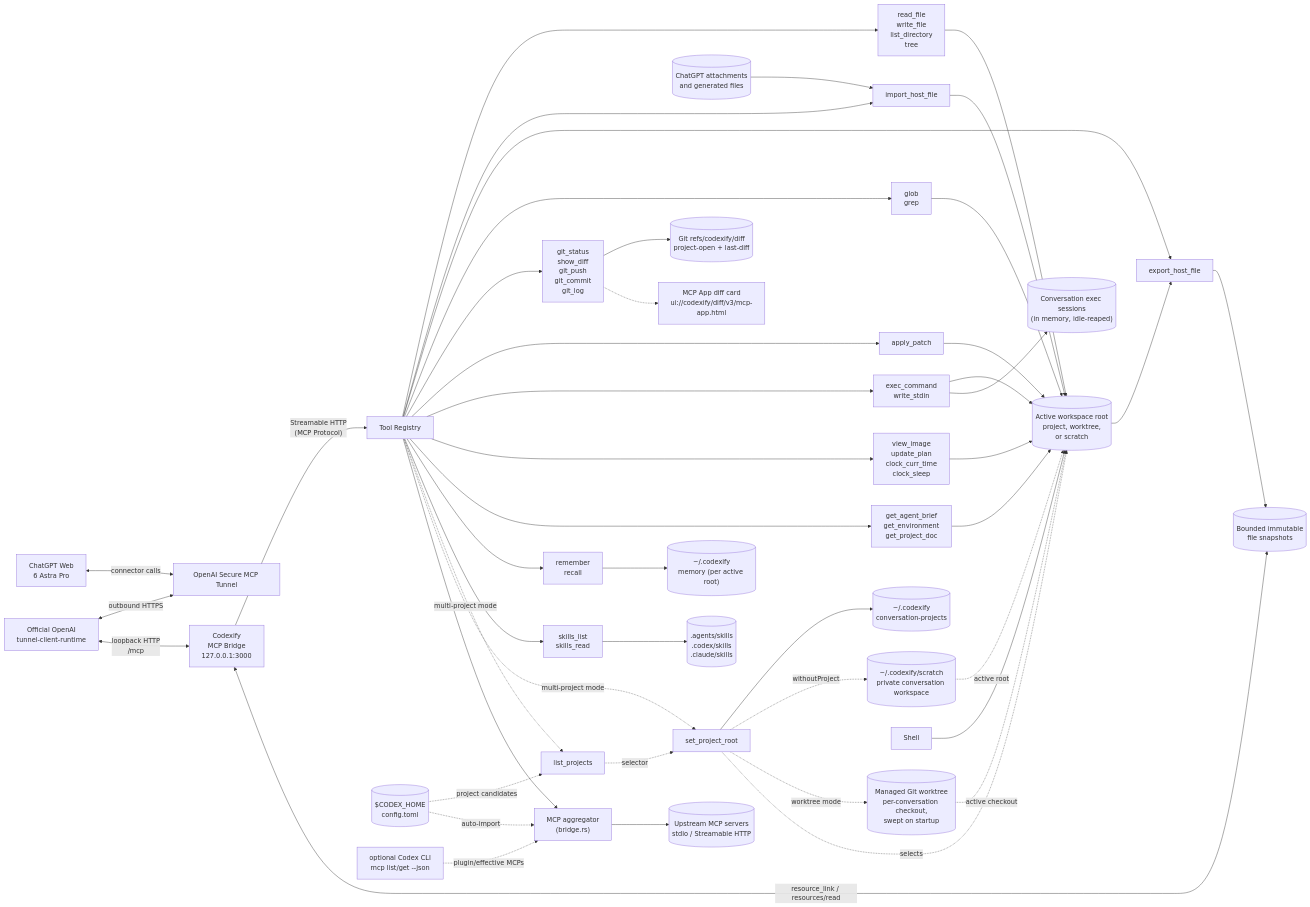
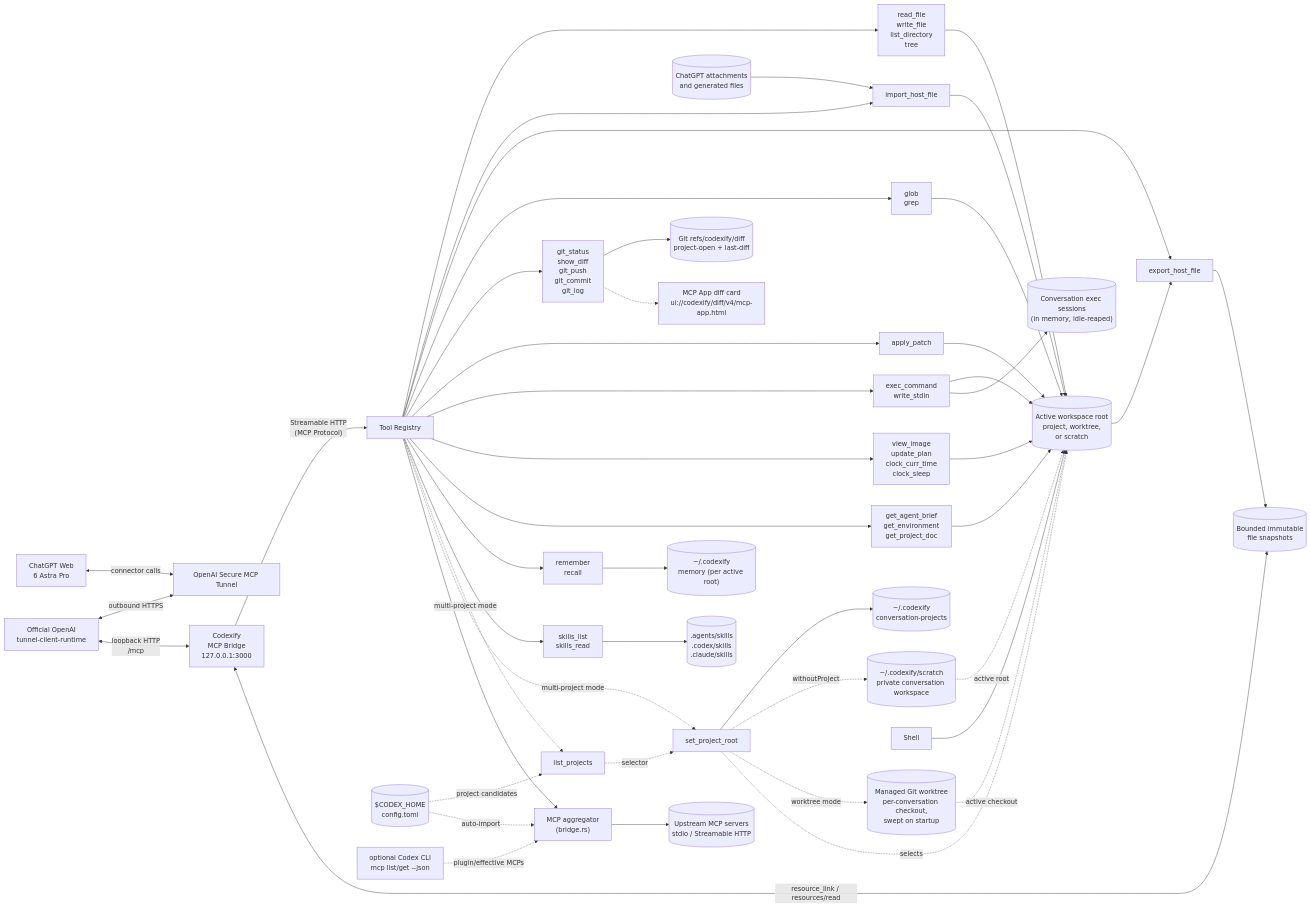
Before and after one commit to thesunwave/codexify: the diagram in README.md, drawn with Mermaid. The commit also changed other lines of this file and 19 other files, not shown here.

Commit message:
feat: track connector schema reloads across conversations

```diff
--- a/README.md
+++ b/README.md
@@ -45,7 +45,7 @@
     Worktree[("Managed Git worktree\nper-conversation checkout,\nswept on startup")]
     ExecSessions[("Conversation exec sessions\n(in memory, idle-reaped)")]
     DiffRefs[("Git refs/codexify/diff\nproject-open + last-diff")]
-    DiffUI["MCP App diff card\nui://codexify/diff/v3/mcp-app.html"]
+    DiffUI["MCP App diff card\nui://codexify/diff/v4/mcp-app.html"]
     SkillDirs[(".agents/skills\n.codex/skills\n.claude/skills")]
     CodexCfg[("$CODEX_HOME\nconfig.toml")]
     CodexCli["optional Codex CLI\nmcp list/get --json"]
```
